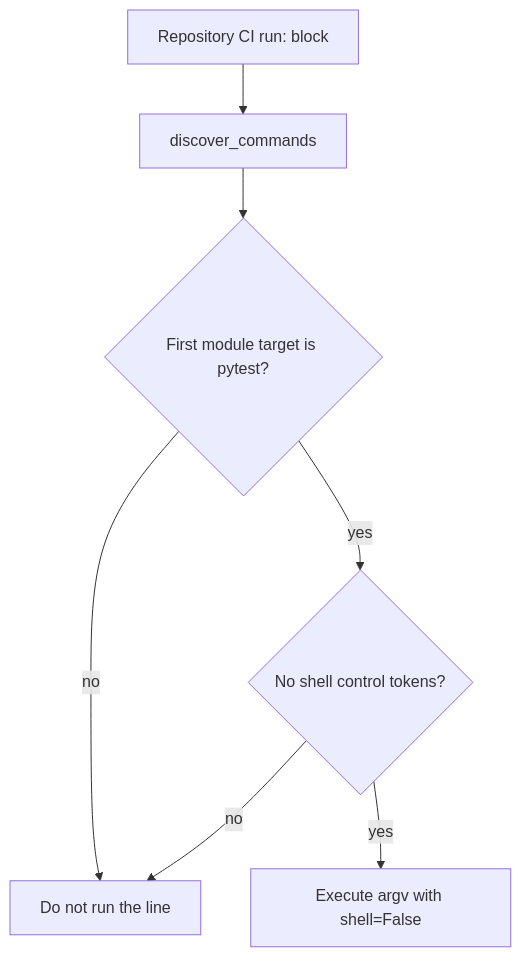
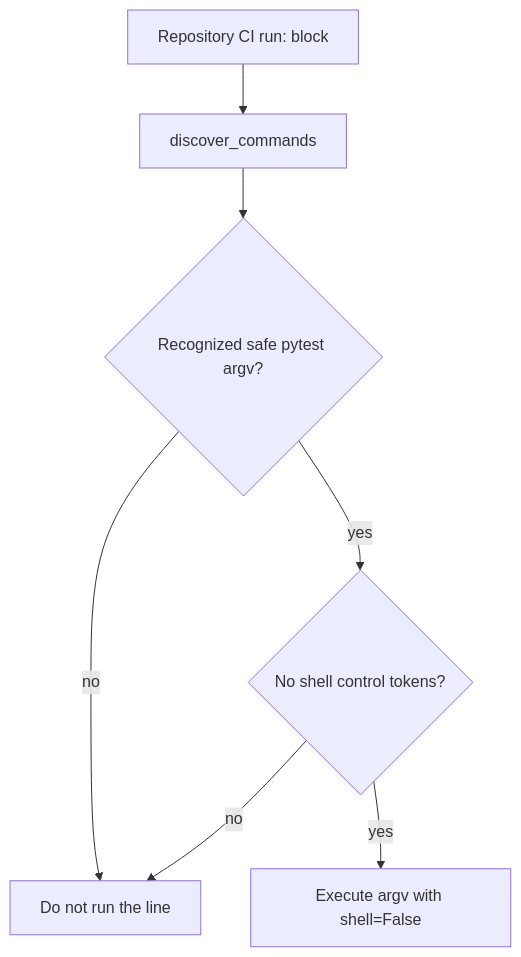
Before and after one commit to ContextualWisdomLab/.github: the third of 4 diagrams in ARCHITECTURE.md, drawn with Mermaid. The commit also changed other lines of this file and 3 other files, not shown here.

First line of the commit message:
fix(review): bind first-module docs to recognized pytest argv

````diff
--- a/ARCHITECTURE.md
+++ b/ARCHITECTURE.md
@@ -75,16 +75,16 @@
 ```mermaid
 flowchart TD
   YAML["Repository CI run: block"]
   Discover["discover_commands"]
-  First{"First module target is pytest?"}
+  First{"Recognized safe pytest argv?"}
   Shell{"No shell control tokens?"}
   Run["Execute argv with shell=False"]
   Reject["Do not run the line"]
 
   YAML --> Discover
   Discover --> First
   First -->|"no"| Reject
   First -->|"yes"| Shell
   Shell -->|"no"| Reject
   Shell -->|"yes"| Run
 ```
````
